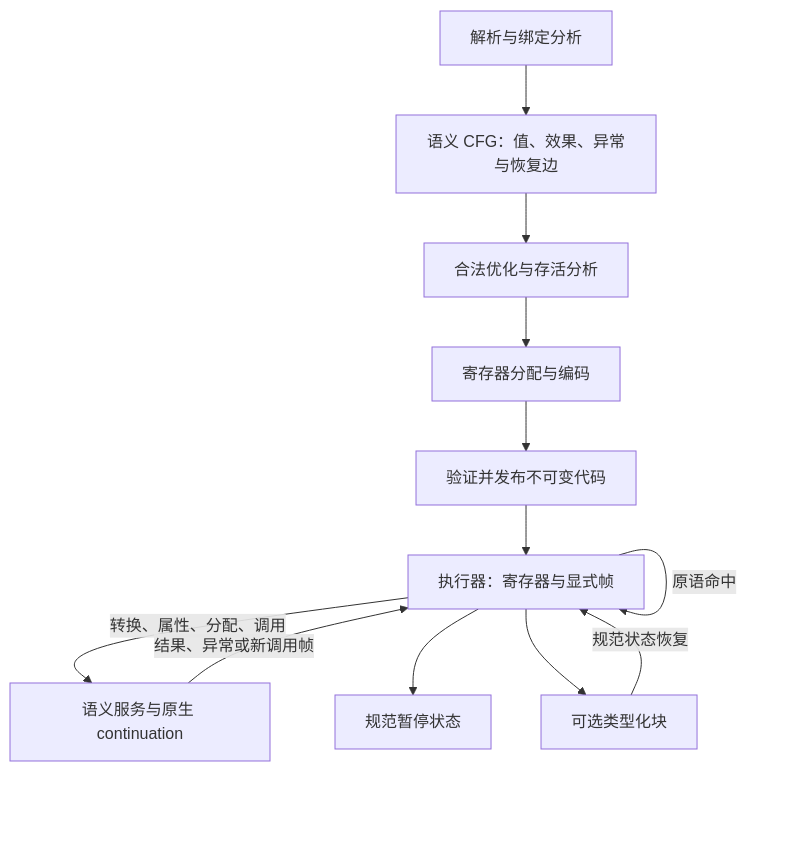
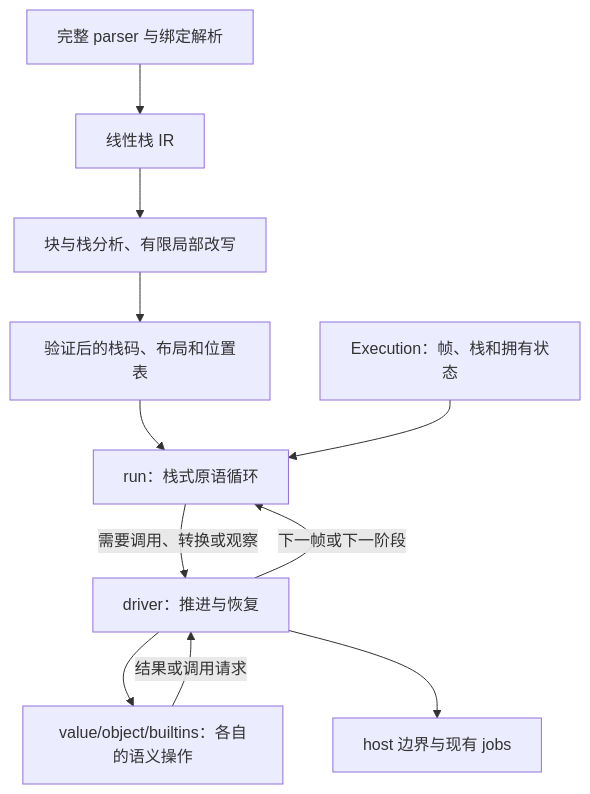
Before and after one commit to pocket-nexus/quickjs-oxide: the diagram in docs/primitive-vm-plan.md, drawn with Mermaid. The commit also changed other lines of this file and 79 other files, not shown here.

````diff
--- a/docs/primitive-vm-plan.md
+++ b/docs/primitive-vm-plan.md
@@ -93,14 +56,13 @@
 ```mermaid
 flowchart TD
-  F[解析与绑定分析] --> IR[语义 CFG：值、效果、异常与恢复边]
-  IR --> O[合法优化与存活分析]
-  O --> R[寄存器分配与编码]
-  R --> V[验证并发布不可变代码]
-  V --> E[执行器：寄存器与显式帧]
-  E -->|原语命中| E
-  E -->|转换、属性、分配、调用| K[语义服务与原生 continuation]
-  K -->|结果、异常或新调用帧| E
-  E --> P[规范暂停状态]
-  E --> T[可选类型化块]
-  T -->|规范状态恢复| E
+  P[完整 parser 与绑定解析] --> I[线性栈 IR]
+  I --> O[块与栈分析、有限局部改写]
+  O --> C[验证后的栈码、布局和位置表]
+  C --> R[run：栈式原语循环]
+  S[Execution：帧、栈和拥有状态] --> R
+  R -->|需要调用、转换或观察| D[driver：推进与恢复]
+  D -->|下一帧或下一阶段| R
+  D --> V[value/object/builtins：各自的语义操作]
+  V -->|结果或调用请求| D
+  D --> H[host 边界与现有 jobs]
 ```
````
